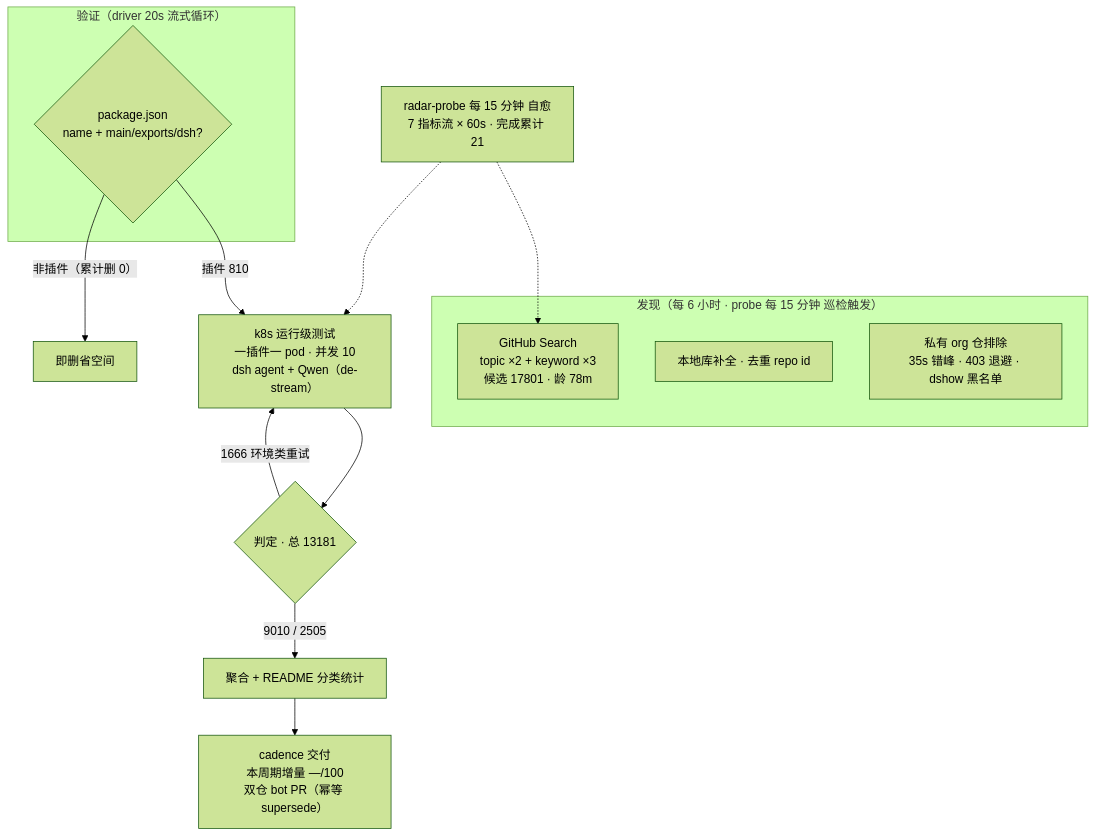
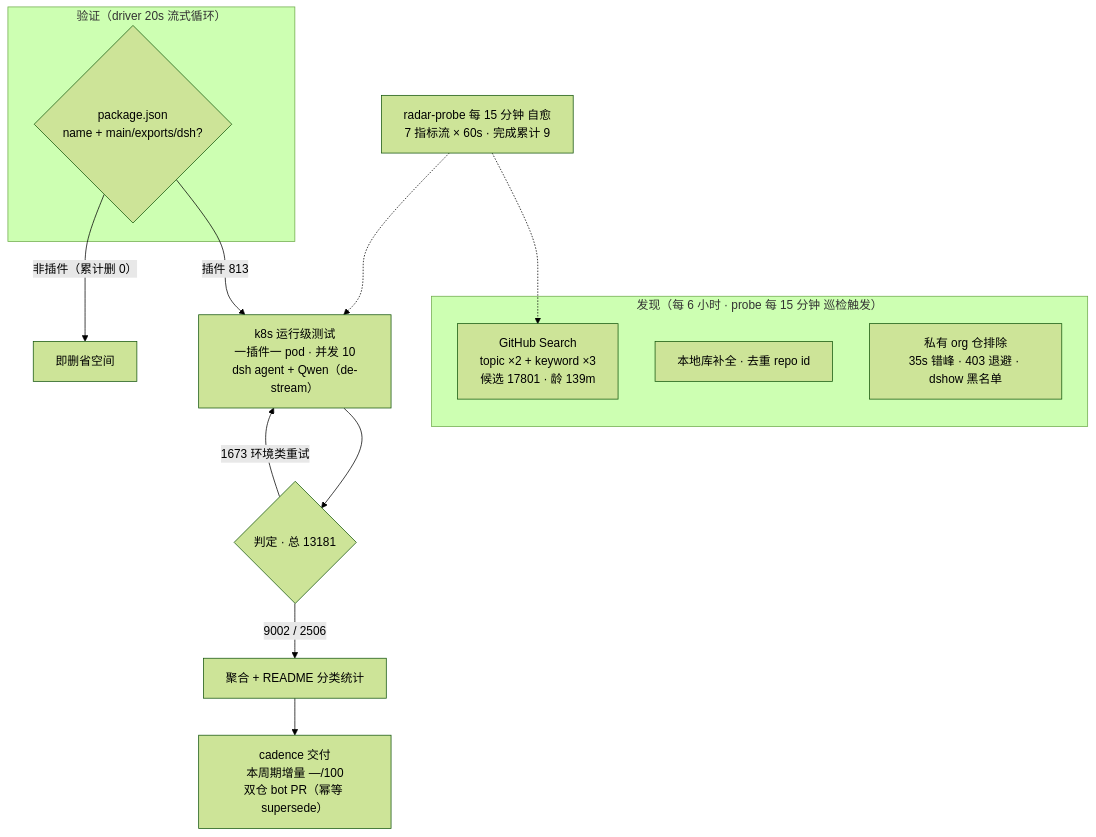
The diagram in README.md (AdamPlatin123/awesome-dsh-plugins), drawn with Mermaid (forest theme) before and after one commit. The commit also changed other lines of this file and 5 other files, not shown here.

````diff
--- a/README.md
+++ b/README.md
@@ -52,20 +52,20 @@
 ```mermaid
 flowchart TB
     subgraph Discovery["发现（每 6 小时 · probe 每 15 分钟 巡检触发）"]
-        A1["GitHub Search<br/>topic ×2 + keyword ×3<br/>候选 17801 · 龄 78m"]
+        A1["GitHub Search<br/>topic ×2 + keyword ×3<br/>候选 17801 · 龄 139m"]
         A2["本地库补全 · 去重 repo id"]
         A3["私有 org 仓排除<br/>35s 错峰 · 403 退避 · dshow 黑名单"]
     end
     subgraph Validation["验证（driver 20s 流式循环）"]
         B1{"package.json<br/>name + main/exports/dsh?"}
     end
-    B1 -->|"插件 810"| C1["k8s 运行级测试<br/>一插件一 pod · 并发 10<br/>dsh agent + Qwen（de-stream）"]
+    B1 -->|"插件 813"| C1["k8s 运行级测试<br/>一插件一 pod · 并发 10<br/>dsh agent + Qwen（de-stream）"]
     B1 -->|"非插件（累计删 0）"| B3["即删省空间"]
     C1 --> D1{"判定 · 总 13181"}
-    D1 -->|"9010 / 2505"| E1["聚合 + README 分类统计"]
-    D1 -->|"1666 环境类重试"| C1
+    D1 -->|"9002 / 2506"| E1["聚合 + README 分类统计"]
+    D1 -->|"1673 环境类重试"| C1
     E1 --> E2["cadence 交付<br/>本周期增量 —/100<br/>双仓 bot PR（幂等 supersede）"]
-    M["radar-probe 每 15 分钟 自愈<br/>7 指标流 × 60s · 完成累计 21"]
+    M["radar-probe 每 15 分钟 自愈<br/>7 指标流 × 60s · 完成累计 9"]
     M -.-> A1
     M -.-> C1
 ```
````
